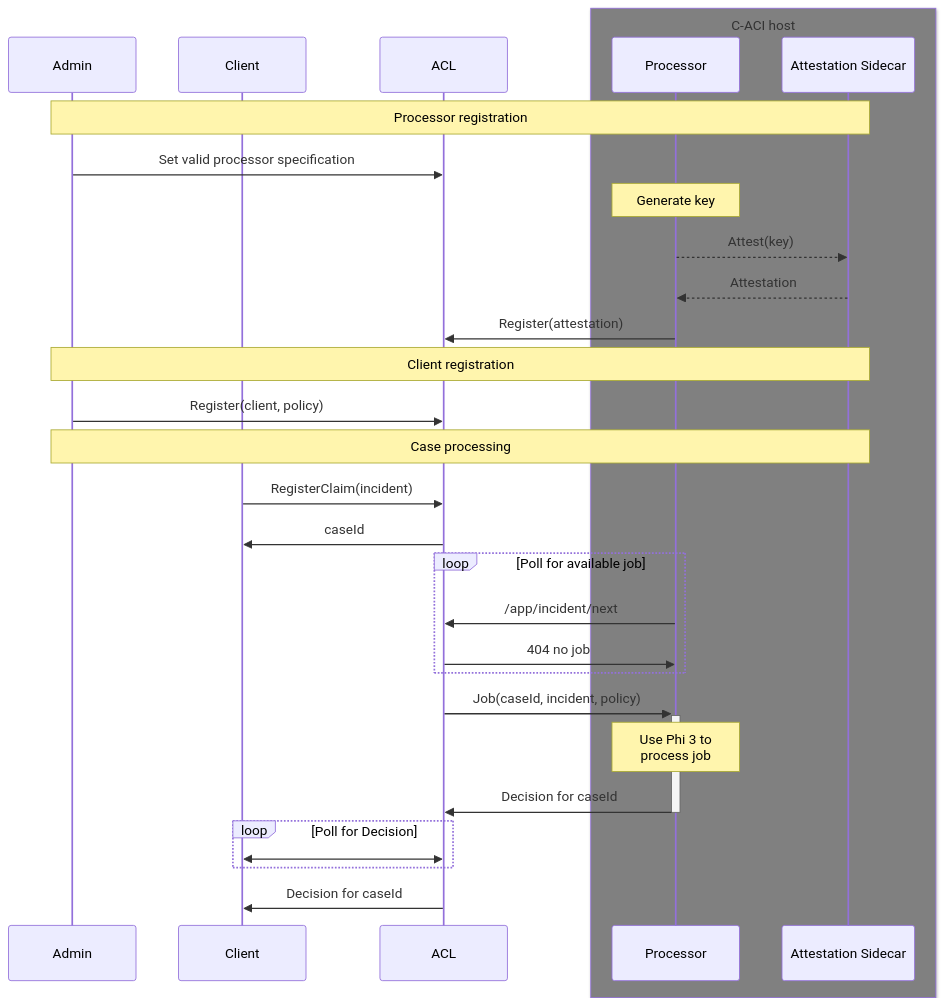
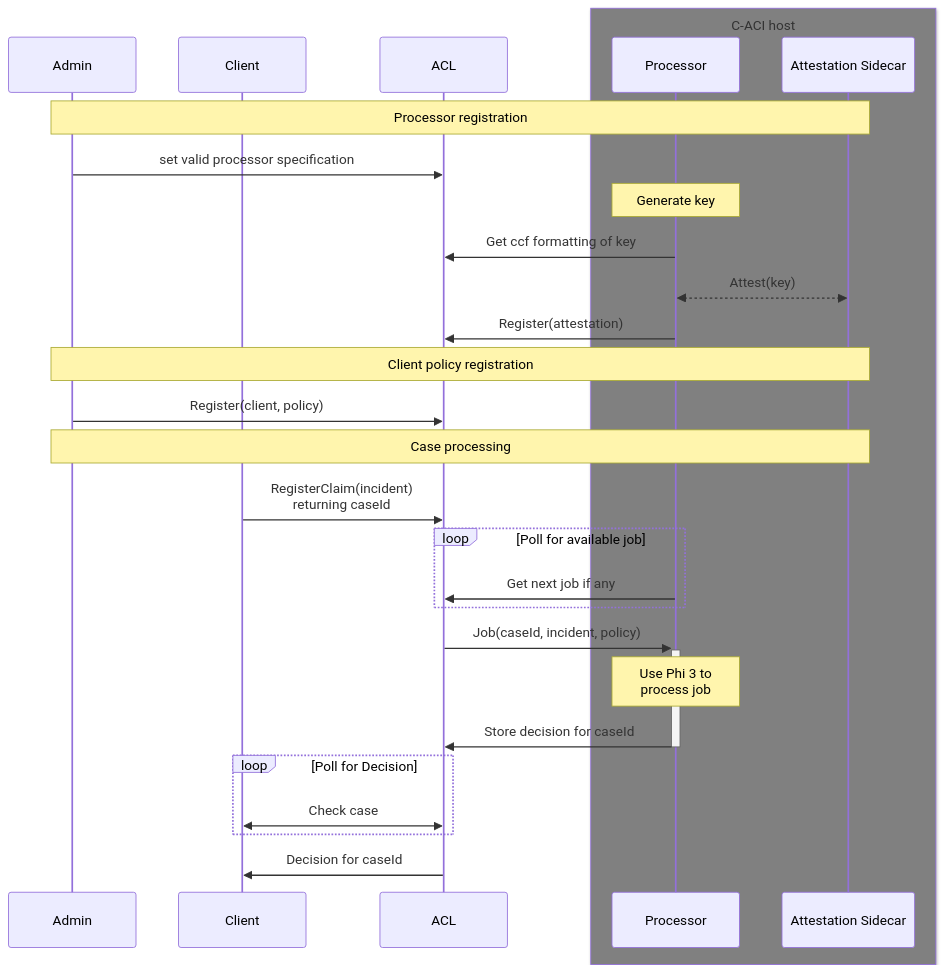
Before and after one commit to microsoft/azureconfidentialledger-app-samples: the diagram in insurance-app/README.md, drawn with Mermaid. The commit also changed 2 other files, not shown here.

````diff
--- a/insurance-app/README.md
+++ b/insurance-app/README.md
@@ -10,42 +10,40 @@
 ```mermaid
 sequenceDiagram
   participant Admin
   participant C as Client
   participant A as ACL
 
   box Gray C-ACI host
     participant P as Processor
     participant S as Attestation Sidecar
   end
 
   note over Admin,S: Processor registration 
 
-  Admin ->> A: Set valid processor specification
+  Admin ->> A: set valid processor specification
 
   note over P: Generate key
-  P -->> S: Attest(key)
-  S -->> P: Attestation
+  P ->> A: Get ccf formatting of key
+  P <<-->> S: Attest(key)
   P ->> A: Register(attestation)
 
-  note over Admin, S: Client registration
+  note over Admin, S: Client policy registration
 
   Admin ->> A: Register(client, policy)
 
   note over Admin, S: Case processing
 
-  C ->> A: RegisterClaim(incident)
-  A ->> C: caseId
+  C ->> A: RegisterClaim(incident)<br>returning caseId
 
   loop Poll for available job
-  P ->> A: /app/incident/next
-  A ->> P: 404 no job
+  P ->> A: Get next job if any
   end
   A ->>+ P: Job(caseId, incident, policy)
   note over P: Use Phi 3 to<br>process job
-  P ->>-A: Decision for caseId
+  P ->>-A: Store decision for caseId
   
   loop Poll for Decision
-  C <<->> A: 
+  C <<->> A: Check case
   end
   A ->> C: Decision for caseId
 ```
````
